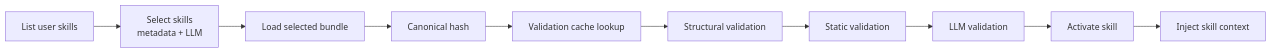
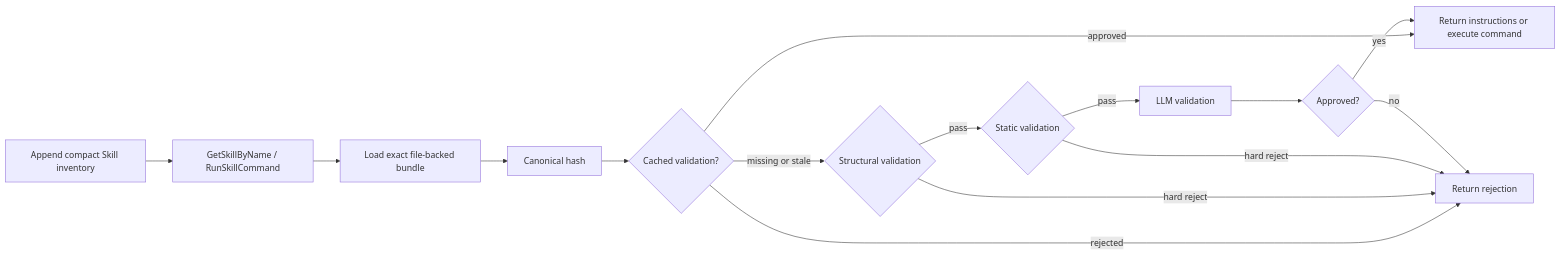
One commit to D00mch/souz changed the fifth of 5 diagrams in README.md. Above: the diagram before and after it, drawn with Mermaid. The commit also changed other lines of this file, not shown here.

First line of the commit message:
Update README for current graph skills architecture (#590)

````diff
--- a/README.md
+++ b/README.md
@@ -406,12 +471,17 @@
 ```mermaid
 flowchart LR
-    skillList["List user skills"] --> skillSelect["Select skills\nmetadata + LLM"]
-    skillSelect --> skillLoad["Load selected bundle"]
+    inventory["Append compact Skill inventory"] --> lookup["GetSkillByName / RunSkillCommand"]
+    lookup --> skillLoad["Load exact file-backed bundle"]
     skillLoad --> skillHash["Canonical hash"]
-    skillHash --> validationCache["Validation cache lookup"]
-    validationCache --> structuralValidation["Structural validation"]
-    structuralValidation --> staticValidation["Static validation"]
-    staticValidation --> llmValidation["LLM validation"]
-    llmValidation --> skillActivate["Activate skill"]
-    skillActivate --> skillInject["Inject skill context"]
+    skillHash --> validationCache{"Cached validation?"}
+    validationCache -->|approved| approval["Return instructions or execute command"]
+    validationCache -->|rejected| rejection["Return rejection"]
+    validationCache -->|missing or stale| structuralValidation{"Structural validation"}
+    structuralValidation -->|hard reject| rejection
+    structuralValidation -->|pass| staticValidation{"Static validation"}
+    staticValidation -->|hard reject| rejection
+    staticValidation -->|pass| llmValidation["LLM validation"]
+    llmValidation --> verdict{"Approved?"}
+    verdict -->|yes| approval
+    verdict -->|no| rejection
 ```
````
